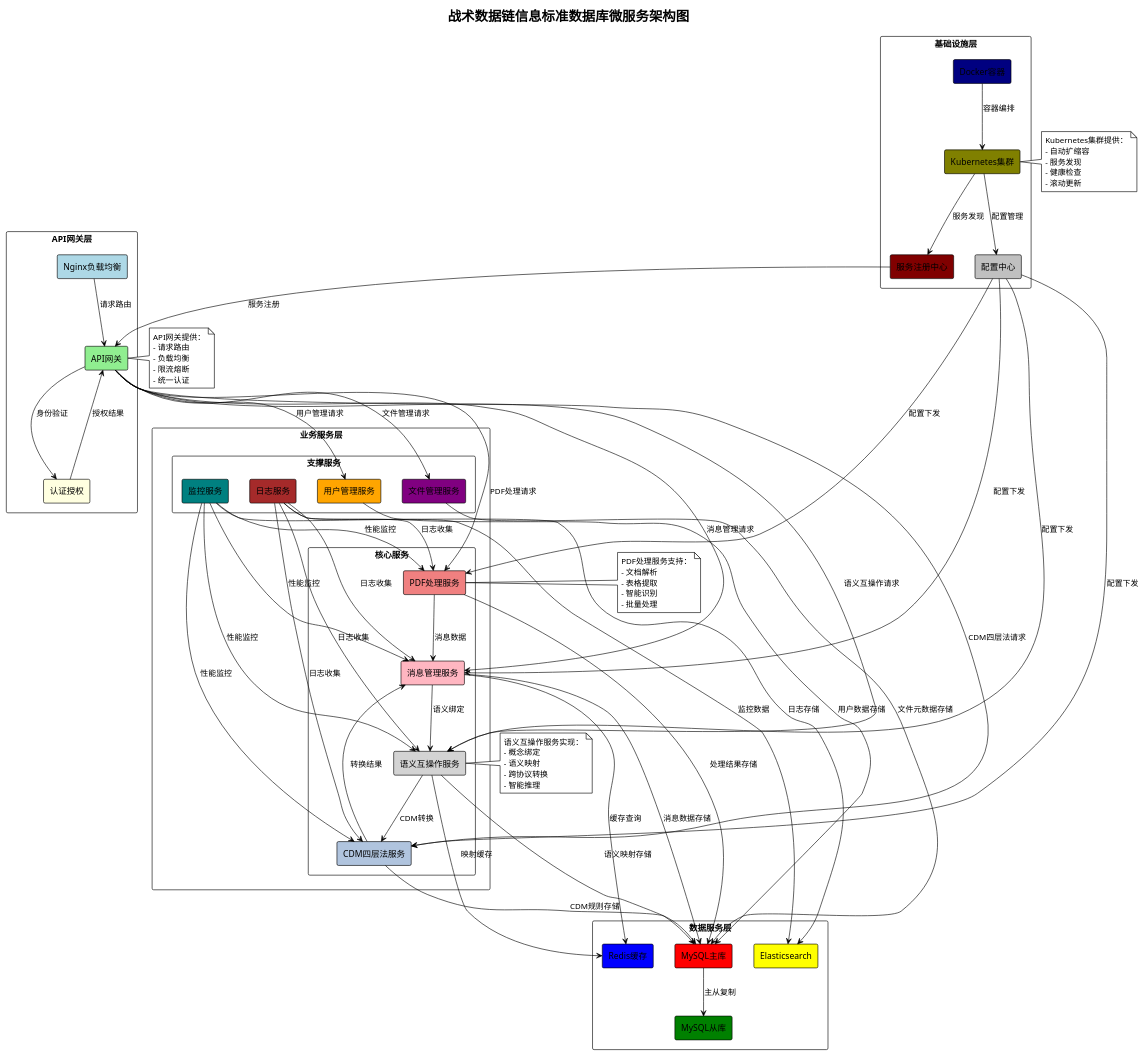
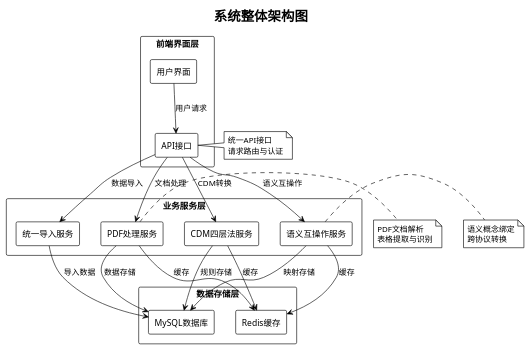
The diagram in 华东师范大学硕_博_士论文LaTex模板_/chapters/fig-0/microservices_architecture.puml (mistvapour/6016b), drawn with PlantUML before and after one commit. The commit also changed 40 other files, not shown here.

```diff
--- a/华东师范大学硕_博_士论文LaTex模板_/chapters/fig-0/microservices_architecture.puml
+++ b/华东师范大学硕_博_士论文LaTex模板_/chapters/fig-0/microservices_architecture.puml
@@ -1,131 +1,72 @@
-@startuml 微服务架构图
+@startuml 系统整体架构图
 !theme plain
 skinparam backgroundColor #FFFFFF
 skinparam componentStyle rectangle
 skinparam packageStyle rectangle
+skinparam component {
+    BackgroundColor #FFFFFF
+    BorderColor #000000
+    FontColor #000000
+}
+skinparam package {
+    BackgroundColor #FFFFFF
+    BorderColor #000000
+    FontColor #000000
+}
+skinparam note {
+    BackgroundColor #FFFFFF
+    BorderColor #000000
+    FontColor #000000
+}
 
-title 战术数据链信息标准数据库微服务架构图
+title 系统整体架构图
 
-package "API网关层" {
-    component "Nginx负载均衡" as Nginx #lightblue
-    component "API网关" as APIGateway #lightgreen
-    component "认证授权" as Auth #lightyellow
+package "前端界面层" {
+    component "用户界面" as Frontend
+    component "API接口" as API
 }
 
 package "业务服务层" {
-    package "核心服务" {
-        component "PDF处理服务" as PDFService #lightcoral
-        component "消息管理服务" as MessageService #lightpink
-        component "语义互操作服务" as SemanticService #lightgray
-        component "CDM四层法服务" as CDMService #lightsteelblue
-    }
-    
-    package "支撑服务" {
-        component "用户管理服务" as UserService #orange
-        component "文件管理服务" as FileService #purple
-        component "日志服务" as LogService #brown
-        component "监控服务" as MonitorService #teal
-    }
+    component "PDF处理服务" as PDFService
+    component "语义互操作服务" as SemanticService
+    component "CDM四层法服务" as CDMService
+    component "统一导入服务" as ImportService
 }
 
-package "数据服务层" {
-    component "MySQL主库" as MySQLMaster #red
-    component "MySQL从库" as MySQLSlave #green
-    component "Redis缓存" as Redis #blue
-    component "Elasticsearch" as ES #yellow
+package "数据存储层" {
+    component "MySQL数据库" as MySQL
+    component "Redis缓存" as Redis
 }
 
-package "基础设施层" {
-    component "Docker容器" as Docker #navy
-    component "Kubernetes集群" as K8s #olive
-    component "服务注册中心" as Registry #maroon
-    component "配置中心" as ConfigCenter #silver
-}
+' 主要连接关系
+Frontend --> API : 用户请求
+API --> PDFService : 文档处理
+API --> SemanticService : 语义互操作
+API --> CDMService : CDM转换
+API --> ImportService : 数据导入
 
-' API网关层关系
-Nginx --> APIGateway : 请求路由
-APIGateway --> Auth : 身份验证
-Auth --> APIGateway : 授权结果
+PDFService --> MySQL : 数据存储
+SemanticService --> MySQL : 映射存储
+CDMService --> MySQL : 规则存储
+ImportService --> MySQL : 导入数据
 
-' API网关到业务服务
-APIGateway --> PDFService : PDF处理请求
-APIGateway --> MessageService : 消息管理请求
-APIGateway --> SemanticService : 语义互操作请求
-APIGateway --> CDMService : CDM四层法请求
-APIGateway --> UserService : 用户管理请求
-APIGateway --> FileService : 文件管理请求
+PDFService --> Redis : 缓存
+SemanticService --> Redis : 缓存
+CDMService --> Redis : 缓存
 
-' 业务服务内部关系
-PDFService --> MessageService : 消息数据
-MessageService --> SemanticService : 语义绑定
-SemanticService --> CDMService : CDM转换
-CDMService --> MessageService : 转换结果
-
-' 业务服务到数据服务
-PDFService --> MySQLMaster : 处理结果存储
-MessageService --> MySQLMaster : 消息数据存储
-SemanticService --> MySQLMaster : 语义映射存储
-CDMService --> MySQLMaster : CDM规则存储
-UserService --> MySQLMaster : 用户数据存储
-FileService --> MySQLMaster : 文件元数据存储
-
-' 数据服务内部关系
-MySQLMaster --> MySQLSlave : 主从复制
-MessageService --> Redis : 缓存查询
-SemanticService --> Redis : 映射缓存
-LogService --> ES : 日志存储
-MonitorService --> ES : 监控数据
-
-' 基础设施层关系
-Docker --> K8s : 容器编排
-K8s --> Registry : 服务发现
-K8s --> ConfigCenter : 配置管理
-Registry --> APIGateway : 服务注册
-ConfigCenter --> PDFService : 配置下发
-ConfigCenter --> MessageService : 配置下发
-ConfigCenter --> SemanticService : 配置下发
-ConfigCenter --> CDMService : 配置下发
-
-' 支撑服务关系
-LogService --> PDFService : 日志收集
-LogService --> MessageService : 日志收集
-LogService --> SemanticService : 日志收集
-LogService --> CDMService : 日志收集
-MonitorService --> PDFService : 性能监控
-MonitorService --> MessageService : 性能监控
-MonitorService --> SemanticService : 性能监控
-MonitorService --> CDMService : 性能监控
-
-note right of APIGateway
-  API网关提供：
-  - 请求路由
-  - 负载均衡
-  - 限流熔断
-  - 统一认证
+note right of API
+  统一API接口
+  请求路由与认证
 end note
 
 note right of PDFService
-  PDF处理服务支持：
-  - 文档解析
-  - 表格提取
-  - 智能识别
-  - 批量处理
+  PDF文档解析
+  表格提取与识别
 end note
 
 note right of SemanticService
-  语义互操作服务实现：
-  - 概念绑定
-  - 语义映射
-  - 跨协议转换
-  - 智能推理
-end note
-
-note right of K8s
-  Kubernetes集群提供：
-  - 自动扩缩容
-  - 服务发现
-  - 健康检查
-  - 滚动更新
+  语义概念绑定
+  跨协议转换
 end note
 
 @enduml
```
